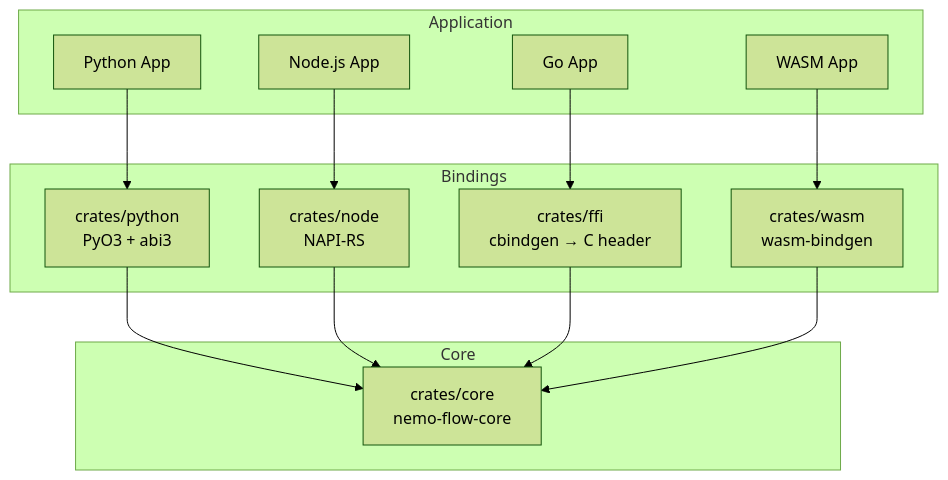
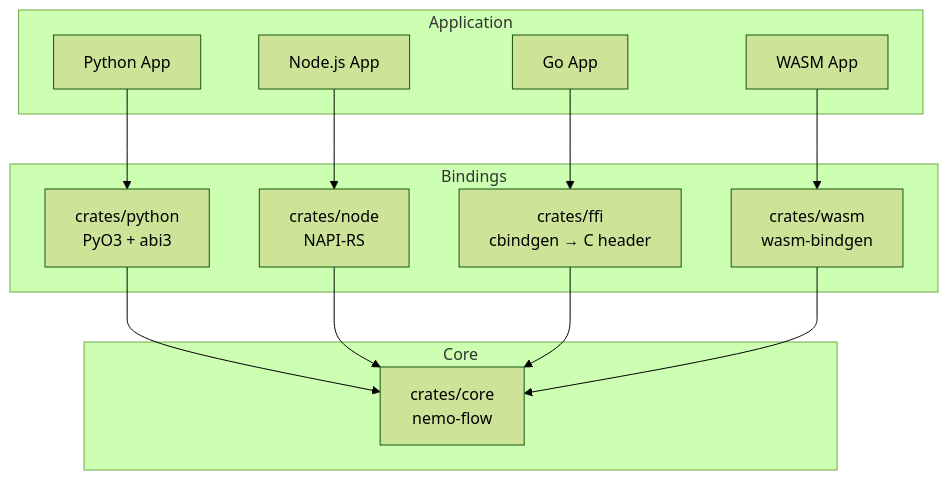
The first of 4 diagrams in docs/architecture.md (NVIDIA/NeMo-Relay), drawn with Mermaid (forest theme) before and after one commit. The commit also changed other lines of this file and 103 other files, not shown here.

````diff
--- a/docs/architecture.md
+++ b/docs/architecture.md
@@ -41,30 +41,30 @@
 ```mermaid
 graph TD
     subgraph "Application"
         PY[Python App]
         JS[Node.js App]
         GO[Go App]
         WA[WASM App]
     end
 
     subgraph "Bindings"
         PYO3[crates/python<br/>PyO3 + abi3]
         NAPI[crates/node<br/>NAPI-RS]
         FFI[crates/ffi<br/>cbindgen → C header]
         WASM[crates/wasm<br/>wasm-bindgen]
     end
 
     subgraph "Core"
-        CORE[crates/core<br/>nemo-flow-core]
+        CORE[crates/core<br/>nemo-flow]
     end
 
     PY --> PYO3
     JS --> NAPI
     GO --> FFI
     WA --> WASM
 
     PYO3 --> CORE
     NAPI --> CORE
     FFI --> CORE
     WASM --> CORE
 ```
````
